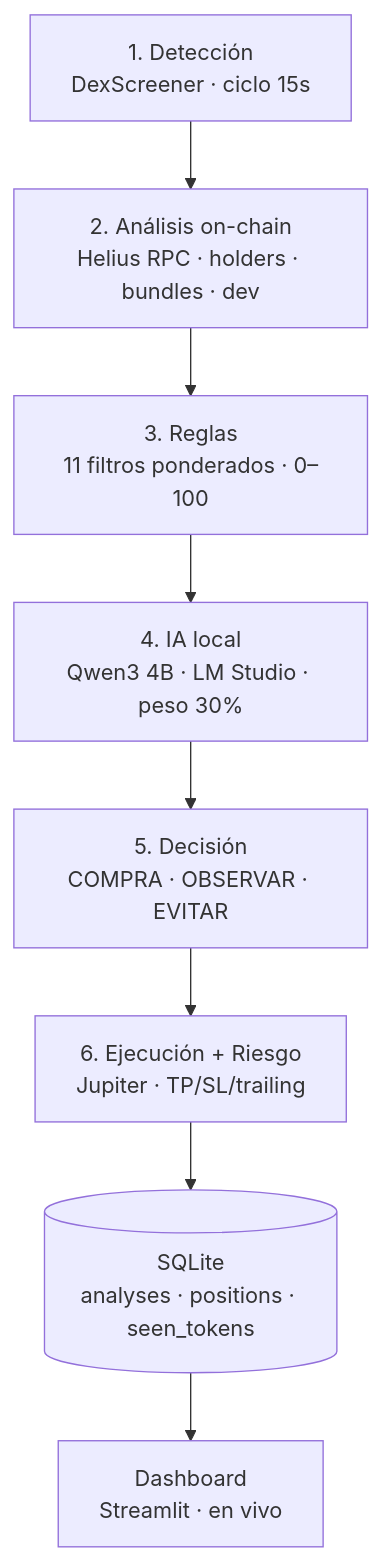
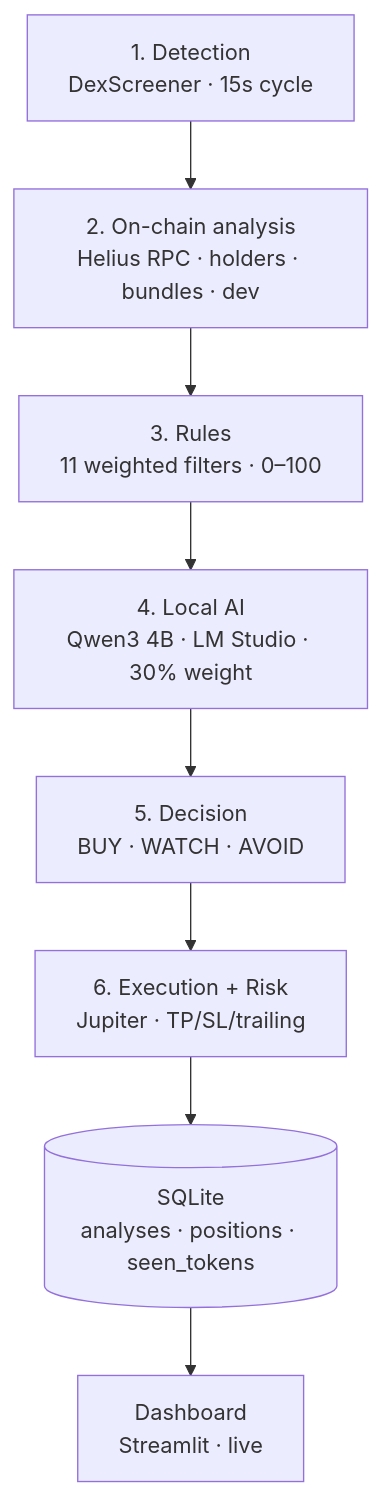
One commit to caos-ssj/Crypto.Bot changed the diagram in README.md. Above: the diagram before and after it, drawn with Mermaid. The commit also changed other lines of this file and 3 other files, not shown here.

````diff
--- a/README.md
+++ b/README.md
@@ -89,10 +78,10 @@
 ```mermaid
 flowchart TD
-    A[1. Detección<br/>DexScreener · ciclo 15s] --> B[2. Análisis on-chain<br/>Helius RPC · holders · bundles · dev]
-    B --> C[3. Reglas<br/>11 filtros ponderados · 0–100]
-    C --> D[4. IA local<br/>Qwen3 4B · LM Studio · peso 30%]
-    D --> E[5. Decisión<br/>COMPRA · OBSERVAR · EVITAR]
-    E --> F[6. Ejecución + Riesgo<br/>Jupiter · TP/SL/trailing]
+    A[1. Detection<br/>DexScreener · 15s cycle] --> B[2. On-chain analysis<br/>Helius RPC · holders · bundles · dev]
+    B --> C[3. Rules<br/>11 weighted filters · 0–100]
+    C --> D[4. Local AI<br/>Qwen3 4B · LM Studio · 30% weight]
+    D --> E[5. Decision<br/>BUY · WATCH · AVOID]
+    E --> F[6. Execution + Risk<br/>Jupiter · TP/SL/trailing]
     F --> G[(SQLite<br/>analyses · positions · seen_tokens)]
-    G --> H[Dashboard<br/>Streamlit · en vivo]
+    G --> H[Dashboard<br/>Streamlit · live]
 ```
````
